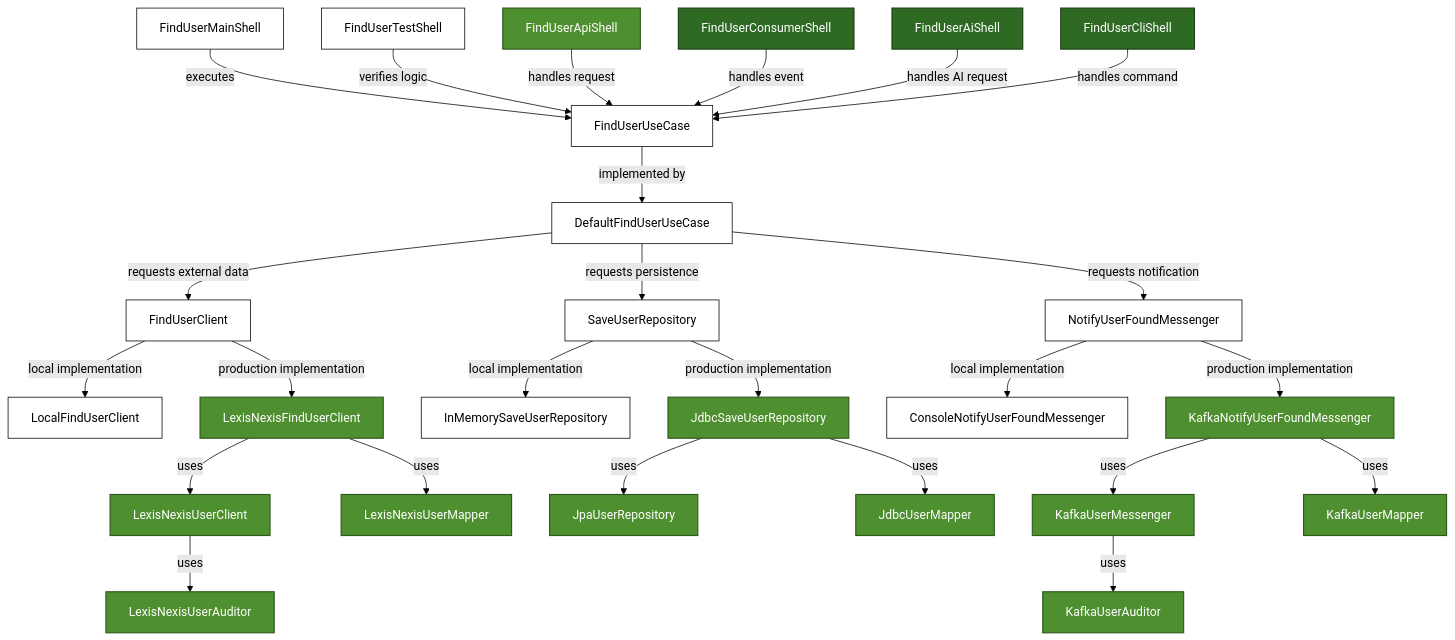
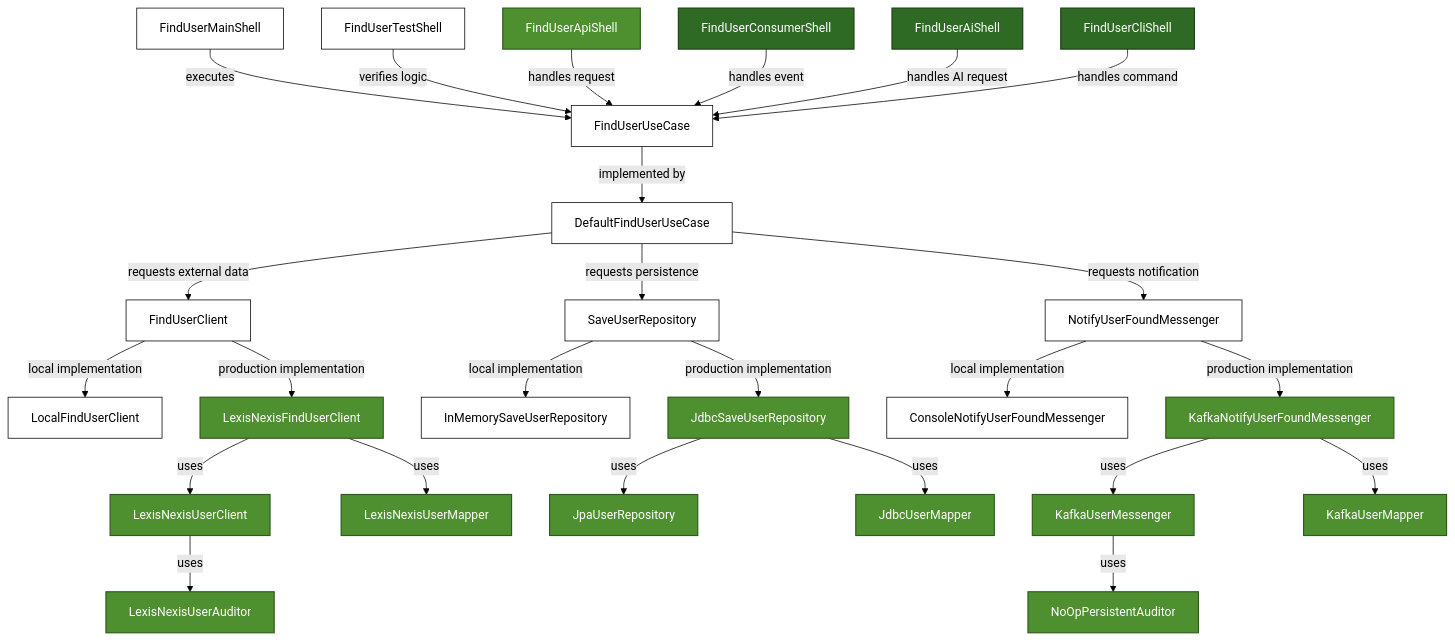
One commit to hermi-projects/hermi changed the diagram in README.md. Above: the diagram before and after it, drawn with Mermaid (forest theme). The commit also changed other lines of this file, not shown here.

Commit message:
refactor: remove KafkaUserAuditor and update KafkaUserMessenger to use NoOpPersistentAuditor

````diff
--- a/README.md
+++ b/README.md
@@ -683,65 +665,65 @@
 ```mermaid
 graph TD
     %% Main Shell
     S_Main[FindUserMainShell] -->|executes| U_UseCase
 
     %% JUnit Shell
     S_JUnit[FindUserTestShell] -->|verifies logic| U_UseCase
     
     %% API Shell
     S_Api[FindUserApiShell] -->|handles request| U_UseCase
 
     %% Consumer Shell
     S_Consumer[FindUserConsumerShell] -->|handles event| U_UseCase
 
     %% AI Shell
     S_Ai[FindUserAiShell] -->|handles AI request| U_UseCase
 
     %% CLI Shell
     S_Cli[FindUserCliShell] -->|handles command| U_UseCase
 
     %% Use Case Interface -> Default Implementation
     U_UseCase[FindUserUseCase] -->|implemented by| U_Default[DefaultFindUserUseCase]
     
     %% Default Implementation -> Contracts
     U_Default -->|requests external data| U_Client[FindUserClient]
     U_Default -->|requests persistence| U_Repo[SaveUserRepository]
     U_Default -->|requests notification| U_Messenger[NotifyUserFoundMessenger]
 
     %% Local Implementations
     U_Client -->|local implementation| A_LocalClient[LocalFindUserClient]
     U_Repo -->|local implementation| A_LocalRepo[InMemorySaveUserRepository]
     U_Messenger -->|local implementation| A_LocalMessenger[ConsoleNotifyUserFoundMessenger]
 
     %% Production Implementations
     U_Client -->|production implementation| A_ProdClient[LexisNexisFindUserClient]
     A_ProdClient -->|uses| A_VendorClient[LexisNexisUserClient]
     A_ProdClient -->|uses| A_VendorMapper[LexisNexisUserMapper]
     A_VendorClient -->|uses| A_ClientAuditor[LexisNexisUserAuditor]
 
     U_Repo -->|production implementation| A_ProdRepo[JdbcSaveUserRepository]
     A_ProdRepo -->|uses| A_VendorRepo[JpaUserRepository]
     A_ProdRepo -->|uses| A_RepoMapper[JdbcUserMapper]
 
     U_Messenger -->|production implementation| A_ProdMessenger[KafkaNotifyUserFoundMessenger]
     A_ProdMessenger -->|uses| A_VendorMessenger[KafkaUserMessenger]
     A_ProdMessenger -->|uses| A_MessengerMapper[KafkaUserMapper]
-    A_VendorMessenger -->|uses| A_MessengerAuditor[KafkaUserAuditor]
+    A_VendorMessenger -->|uses| A_MessengerAuditor[NoOpPersistentAuditor]
 
     %% Styling
     classDef s_local fill:#FFFFFF,color:#000000,stroke:#000000,stroke-width:1px
     classDef s_api fill:#4E8F2F,color:#FFFFFF,stroke:#2F5A1C,stroke-width:1.5px
     classDef s_other fill:#2E6A24,color:#FFFFFF,stroke:#1B3F15,stroke-width:1.5px
     classDef core fill:#FFFFFF,color:#000000,stroke:#000000,stroke-width:1px
 
     %% Assign classes
     class S_Main,A_LocalClient,A_LocalRepo,A_LocalMessenger s_local
     class S_Api s_api
     class S_Consumer,S_Ai,S_Cli s_other
     class S_JUnit core
     class U_UseCase,U_Default,U_Client,U_Repo,U_Messenger core
     class A_ProdClient,A_ProdRepo,A_ProdMessenger s_api
     class A_VendorClient,A_VendorRepo,A_VendorMessenger s_api
     class A_VendorMapper,A_RepoMapper,A_MessengerMapper s_api
     class A_ClientAuditor,A_MessengerAuditor s_api
 ```
````
